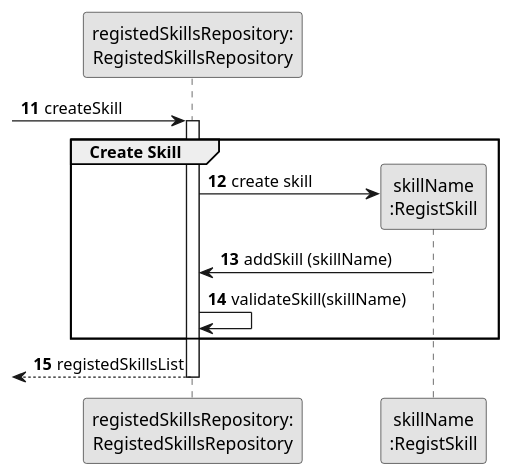
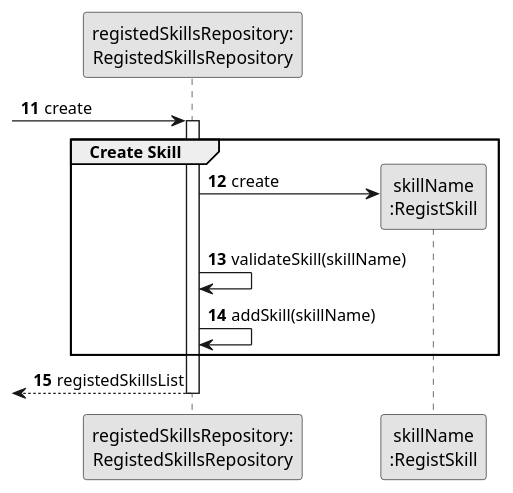
Before and after one commit to 1231360-ISEP/lei-24-s2-1db-g021: the diagram in docs/sprint2/us001/03.design/puml/us001-sequence-diagram-partial-create-skill.puml, drawn with PlantUML. The commit also changed 5 other files, not shown here.

Commit message:
Update US01 - Sequence Diagrams Partial and split and SVG´s

```diff
--- a/docs/sprint2/us001/03.design/puml/us001-sequence-diagram-partial-create-skill.puml
+++ b/docs/sprint2/us001/03.design/puml/us001-sequence-diagram-partial-create-skill.puml
@@ -1,27 +1,26 @@
 @startuml
 skinparam monochrome true
 skinparam packageStyle rectangle
 skinparam shadowing false
 
 participant "registedSkillsRepository:\nRegistedSkillsRepository" as RegistedSkillsRepository
 participant "skillName\n:RegistSkill" as TAREFA
 
 autonumber 11
--> RegistedSkillsRepository: createSkill
+-> RegistedSkillsRepository: create
 
 activate RegistedSkillsRepository
     group Create Skill
 
-        RegistedSkillsRepository -> TAREFA**: create skill
-        TAREFA -> RegistedSkillsRepository: addSkill (skillName)
-
-            RegistedSkillsRepository -> RegistedSkillsRepository: validateSkill(skillName)
+        RegistedSkillsRepository -> TAREFA**: create
+        RegistedSkillsRepository -> RegistedSkillsRepository: validateSkill(skillName)
+        RegistedSkillsRepository -> RegistedSkillsRepository: addSkill(skillName)
 
     end
 
     <-- RegistedSkillsRepository : registedSkillsList
 
 deactivate RegistedSkillsRepository
 
 
 @enduml
```
